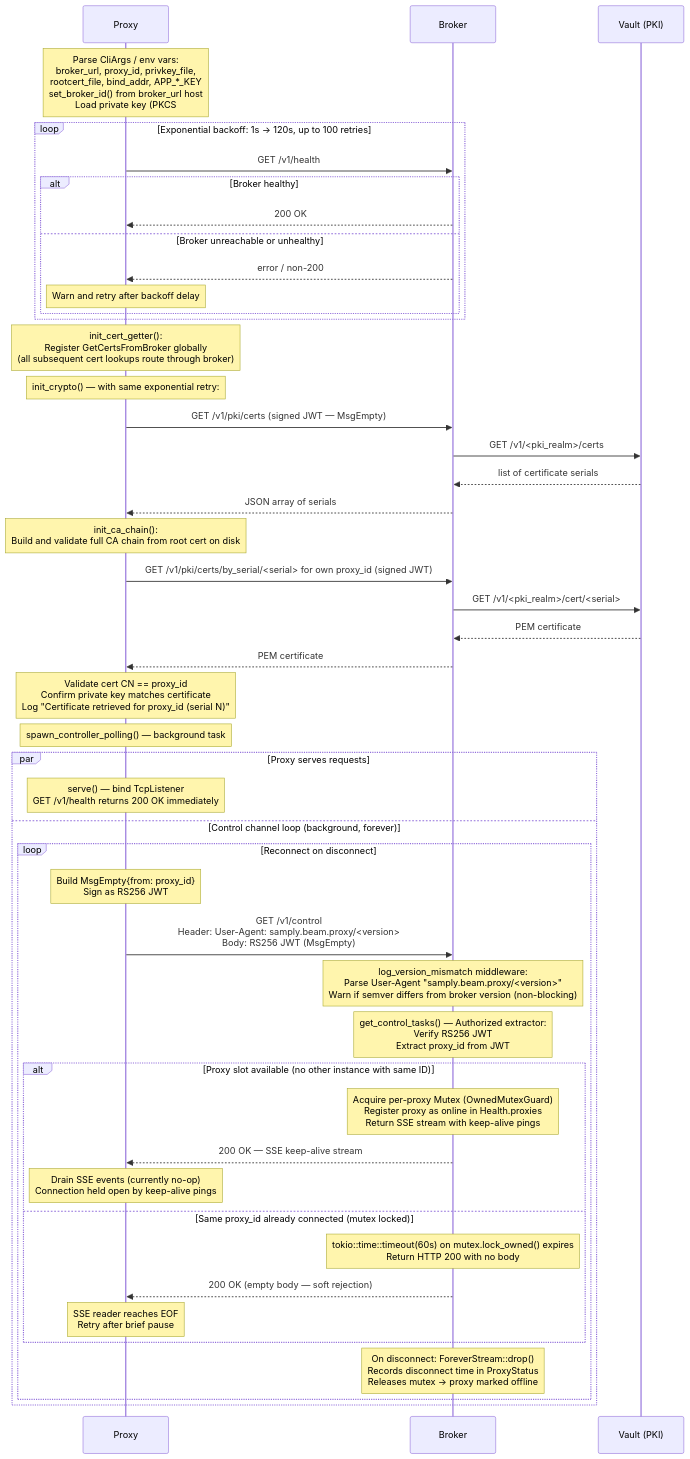
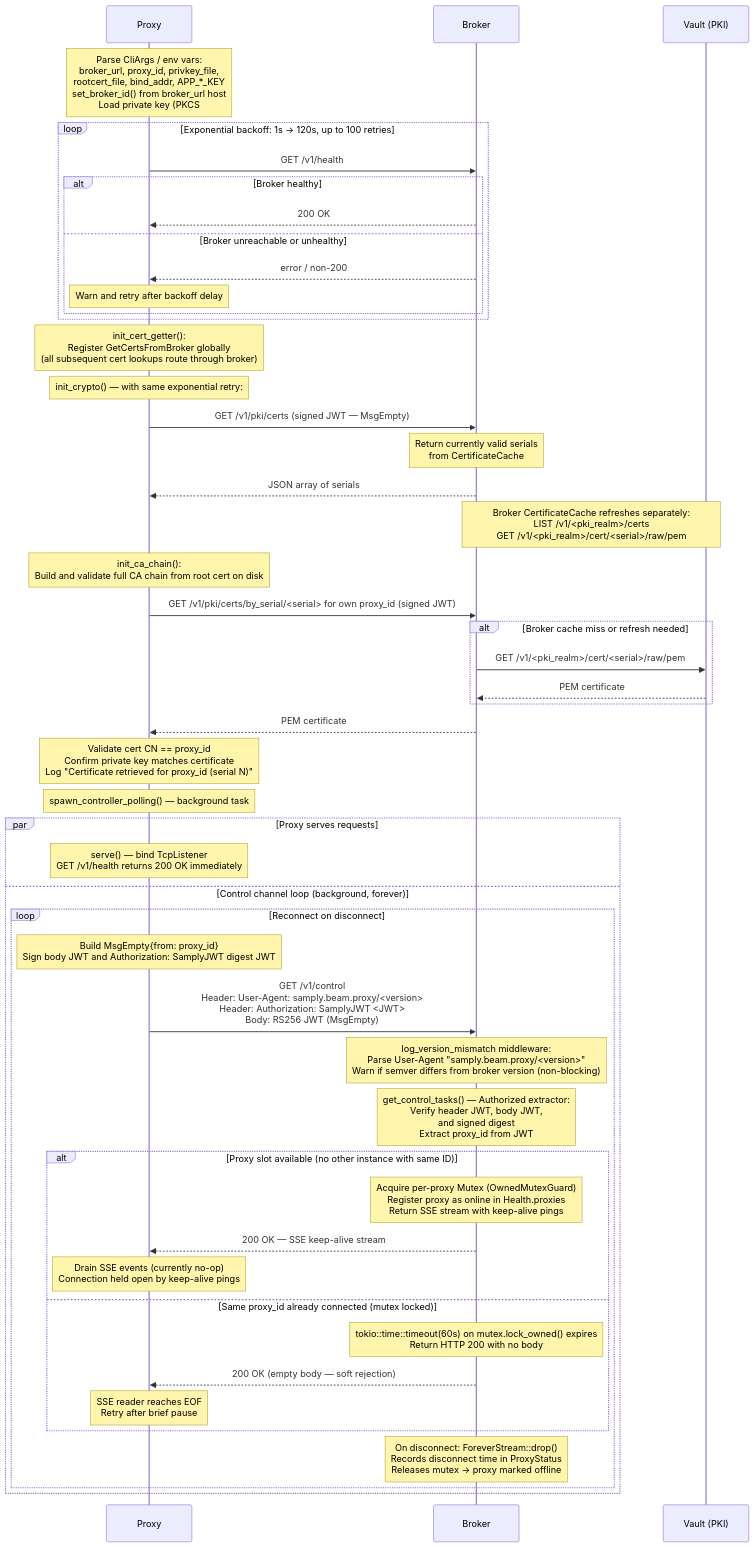
Before and after one commit to samply/beam: the second of 12 diagrams in DATAFLOWS.md, drawn with Mermaid. The commit also changed other lines of this file, not shown here.

Commit message:
Updated data flows document

````diff
--- a/DATAFLOWS.md
+++ b/DATAFLOWS.md
@@ -69,66 +69,68 @@
 ```mermaid
 sequenceDiagram
     participant Proxy
     participant Broker
     participant Vault as Vault (PKI)
 
     note over Proxy: Parse CliArgs / env vars:<br/>broker_url, proxy_id, privkey_file,<br/>rootcert_file, bind_addr, APP_*_KEY<br/>set_broker_id() from broker_url host<br/>Load private key (PKCS#1 or PKCS#8 PEM)
 
     loop Exponential backoff: 1s → 120s, up to 100 retries
         Proxy->>Broker: GET /v1/health
         alt Broker healthy
             Broker-->>Proxy: 200 OK
         else Broker unreachable or unhealthy
             Broker-->>Proxy: error / non-200
             note over Proxy: Warn and retry after backoff delay
         end
     end
 
     note over Proxy: init_cert_getter():<br/>Register GetCertsFromBroker globally<br/>(all subsequent cert lookups route through broker)
 
     note over Proxy: init_crypto() — with same exponential retry:
 
     Proxy->>Broker: GET /v1/pki/certs (signed JWT — MsgEmpty)
-    Broker->>Vault: GET /v1/<pki_realm>/certs
-    Vault-->>Broker: list of certificate serials
+    note over Broker: Return currently valid serials<br/>from CertificateCache
     Broker-->>Proxy: JSON array of serials
+    note over Broker,Vault: Broker CertificateCache refreshes separately:<br/>LIST /v1/<pki_realm>/certs<br/>GET /v1/<pki_realm>/cert/<serial>/raw/pem
 
     note over Proxy: init_ca_chain():<br/>Build and validate full CA chain from root cert on disk
 
     Proxy->>Broker: GET /v1/pki/certs/by_serial/<serial> for own proxy_id (signed JWT)
-    Broker->>Vault: GET /v1/<pki_realm>/cert/<serial>
-    Vault-->>Broker: PEM certificate
+    alt Broker cache miss or refresh needed
+        Broker->>Vault: GET /v1/<pki_realm>/cert/<serial>/raw/pem
+        Vault-->>Broker: PEM certificate
+    end
     Broker-->>Proxy: PEM certificate
 
     note over Proxy: Validate cert CN == proxy_id<br/>Confirm private key matches certificate<br/>Log "Certificate retrieved for proxy_id (serial N)"
 
     note over Proxy: spawn_controller_polling() — background task
 
     par Proxy serves requests
         note over Proxy: serve() — bind TcpListener<br/>GET /v1/health returns 200 OK immediately
     and Control channel loop (background, forever)
         loop Reconnect on disconnect
-            note over Proxy: Build MsgEmpty{from: proxy_id}<br/>Sign as RS256 JWT
+            note over Proxy: Build MsgEmpty{from: proxy_id}<br/>Sign body JWT and Authorization: SamplyJWT digest JWT
 
-            Proxy->>Broker: GET /v1/control<br/>Header: User-Agent: samply.beam.proxy/<version><br/>Body: RS256 JWT (MsgEmpty)
+            Proxy->>Broker: GET /v1/control<br/>Header: User-Agent: samply.beam.proxy/<version><br/>Header: Authorization: SamplyJWT <JWT><br/>Body: RS256 JWT (MsgEmpty)
 
             note over Broker: log_version_mismatch middleware:<br/>Parse User-Agent "samply.beam.proxy/<version>"<br/>Warn if semver differs from broker version (non-blocking)
 
-            note over Broker: get_control_tasks() — Authorized extractor:<br/>Verify RS256 JWT<br/>Extract proxy_id from JWT
+            note over Broker: get_control_tasks() — Authorized extractor:<br/>Verify header JWT, body JWT,<br/>and signed digest<br/>Extract proxy_id from JWT
 
             alt Proxy slot available (no other instance with same ID)
                 note over Broker: Acquire per-proxy Mutex (OwnedMutexGuard)<br/>Register proxy as online in Health.proxies<br/>Return SSE stream with keep-alive pings
                 Broker-->>Proxy: 200 OK — SSE keep-alive stream
 
                 note over Proxy: Drain SSE events (currently no-op)<br/>Connection held open by keep-alive pings
 
             else Same proxy_id already connected (mutex locked)
                 note over Broker: tokio::time::timeout(60s) on mutex.lock_owned() expires<br/>Return HTTP 200 with no body
                 Broker-->>Proxy: 200 OK (empty body — soft rejection)
                 note over Proxy: SSE reader reaches EOF<br/>Retry after brief pause
             end
 
             note over Broker: On disconnect: ForeverStream::drop()<br/>Records disconnect time in ProxyStatus<br/>Releases mutex → proxy marked offline
         end
     end
 ```
````
